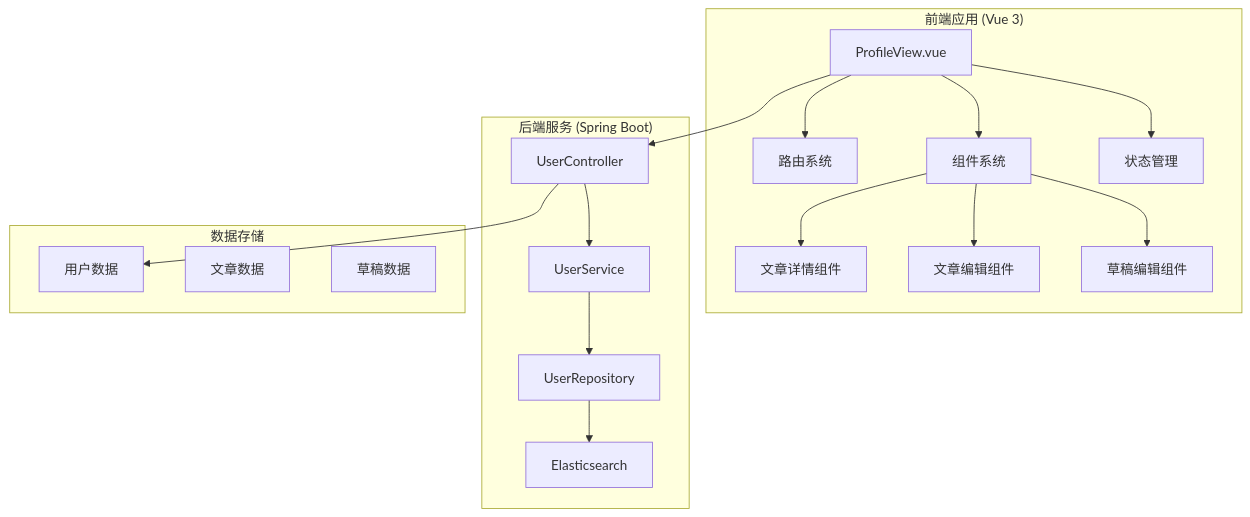
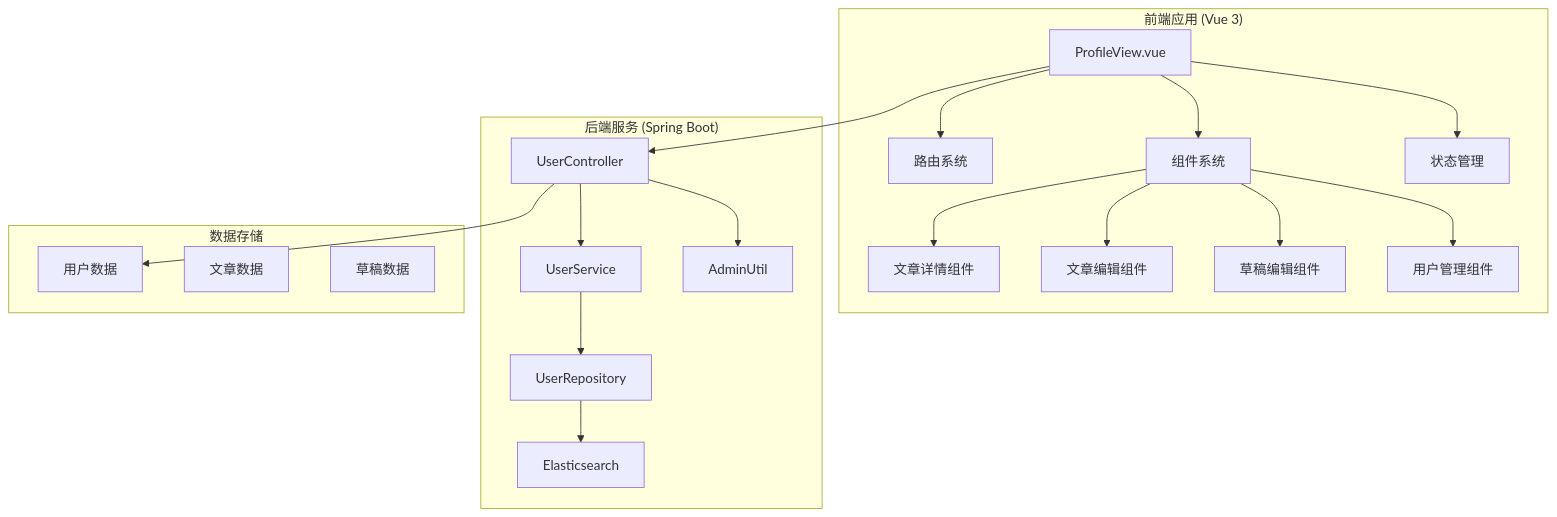
Before and after one commit to 20164206160/zhishilu: the first of 11 diagrams in .qoder/repowiki/zh/content/Profile View.md, drawn with Mermaid. The commit also changed other lines of this file and 11 other files, not shown here.

````diff
--- a/.qoder/repowiki/zh/content/Profile View.md
+++ b/.qoder/repowiki/zh/content/Profile View.md
@@ -39,23 +50,25 @@
 ```mermaid
 graph TB
 subgraph "前端应用 (Vue 3)"
 A[ProfileView.vue] --> B[路由系统]
 A --> C[组件系统]
 A --> D[状态管理]
 C --> E[文章详情组件]
 C --> F[文章编辑组件]
 C --> G[草稿编辑组件]
+C --> H[用户管理组件]
 end
 subgraph "后端服务 (Spring Boot)"
-H[UserController] --> I[UserService]
-I --> J[UserRepository]
-J --> K[Elasticsearch]
+I[UserController] --> J[UserService]
+J --> K[UserRepository]
+K --> L[Elasticsearch]
+I --> M[AdminUtil]
 end
 subgraph "数据存储"
-L[用户数据]
-M[文章数据]
-N[草稿数据]
+N[用户数据]
+O[文章数据]
+P[草稿数据]
 end
-A --> H
-H --> L
+A --> I
+I --> N
 ```
````
